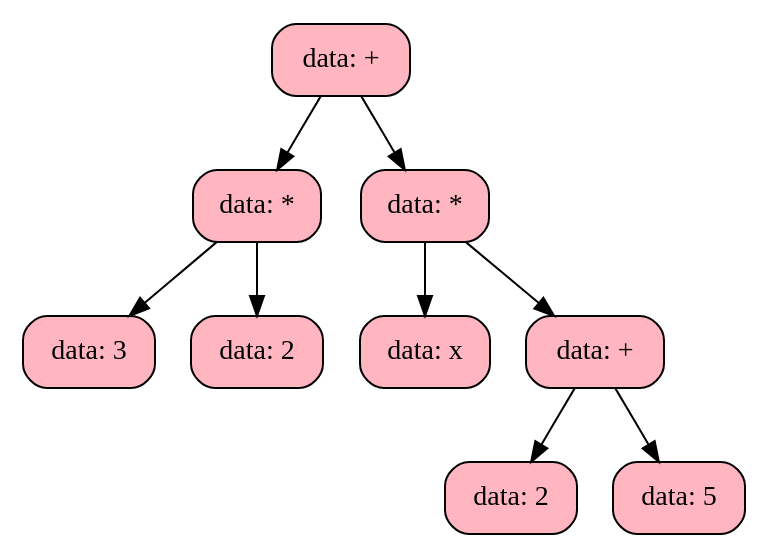
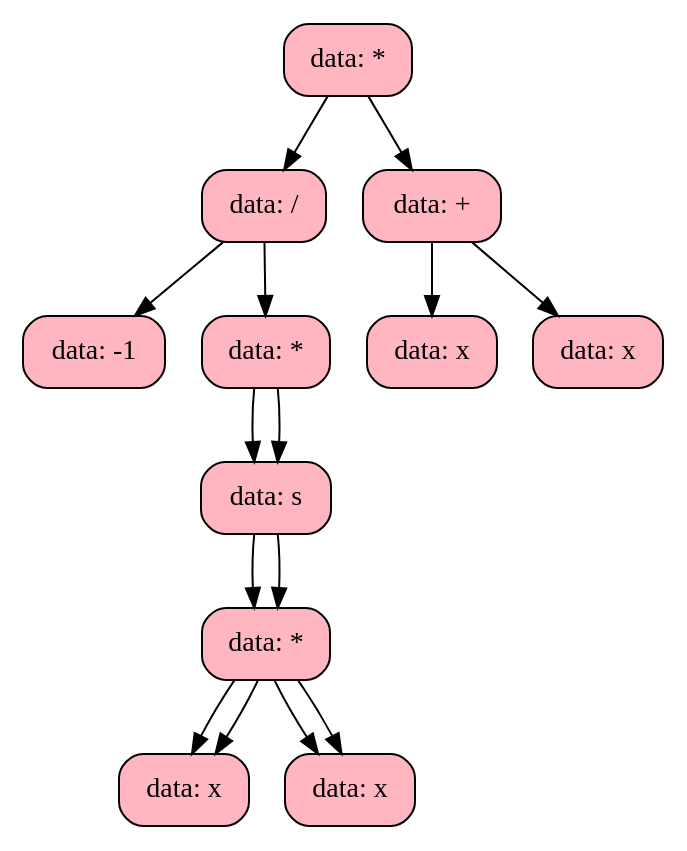
The diagram in tree.dot (SashaOiya/Differenc), drawn with Graphviz before and after one commit. The commit also changed 5 other files, not shown here.

```diff
--- a/tree.dot
+++ b/tree.dot
@@ -1,20 +1,34 @@
 digraph G { 
 node [shape = record];
- "001D0D60"  "001D0D60" [shape = Mrecord, style = filled, fillcolor = lightpink  label = "data: + "];
-"001D0D60" -> "001D0CA0" 
- "001D0D60" -> "001D0D40" 
- "001D0CA0" [shape = Mrecord, style = filled, fillcolor = lightpink  label = "data: * "];
-"001D0CA0" -> "001D0C60" 
- "001D0CA0" -> "001D0C80" 
- "001D0C60" [shape = Mrecord, style = filled, fillcolor = lightpink  label = "data: 3 "];
- "001D0C80" [shape = Mrecord, style = filled, fillcolor = lightpink  label = "data: 2 "];
- "001D0D40" [shape = Mrecord, style = filled, fillcolor = lightpink  label = "data: * "];
-"001D0D40" -> "001D0CC0" 
- "001D0D40" -> "001D0D20" 
- "001D0CC0" [shape = Mrecord, style = filled, fillcolor = lightpink  label = "data: x "];
- "001D0D20" [shape = Mrecord, style = filled, fillcolor = lightpink  label = "data: + "];
-"001D0D20" -> "001D0CE0" 
- "001D0D20" -> "001D0D00" 
- "001D0CE0" [shape = Mrecord, style = filled, fillcolor = lightpink  label = "data: 2 "];
- "001D0D00" [shape = Mrecord, style = filled, fillcolor = lightpink  label = "data: 5 "];
+ "00BB0D90"  "00BB0D90" [shape = Mrecord, style = filled, fillcolor = lightpink  label = "data: * "];
+"00BB0D90" -> "00BB4F48" 
+ "00BB0D90" -> "00BB0DA8" 
+ "00BB4F48" [shape = Mrecord, style = filled, fillcolor = lightpink  label = "data: / "];
+"00BB4F48" -> "00BB4F30" 
+ "00BB4F48" -> "00BB4F18" 
+ "00BB4F30" [shape = Mrecord, style = filled, fillcolor = lightpink  label = "data: -1 "];
+ "00BB4F18" [shape = Mrecord, style = filled, fillcolor = lightpink  label = "data: * "];
+"00BB4F18" -> "00BB4F00" 
+ "00BB4F18" -> "00BB4F00" 
+ "00BB4F00" [shape = Mrecord, style = filled, fillcolor = lightpink  label = "data: s "];
+
+ "00BB4F00" -> "00BB0CA8" 
+ "00BB0CA8" [shape = Mrecord, style = filled, fillcolor = lightpink  label = "data: * "];
+"00BB0CA8" -> "00BB0C78" 
+ "00BB0CA8" -> "00BB0C90" 
+ "00BB0C78" [shape = Mrecord, style = filled, fillcolor = lightpink  label = "data: x "];
+ "00BB0C90" [shape = Mrecord, style = filled, fillcolor = lightpink  label = "data: x "];
+ "00BB4F00" [shape = Mrecord, style = filled, fillcolor = lightpink  label = "data: s "];
+
+ "00BB4F00" -> "00BB0CA8" 
+ "00BB0CA8" [shape = Mrecord, style = filled, fillcolor = lightpink  label = "data: * "];
+"00BB0CA8" -> "00BB0C78" 
+ "00BB0CA8" -> "00BB0C90" 
+ "00BB0C78" [shape = Mrecord, style = filled, fillcolor = lightpink  label = "data: x "];
+ "00BB0C90" [shape = Mrecord, style = filled, fillcolor = lightpink  label = "data: x "];
+ "00BB0DA8" [shape = Mrecord, style = filled, fillcolor = lightpink  label = "data: + "];
+"00BB0DA8" -> "00BB4FA8" 
+ "00BB0DA8" -> "00BB4F78" 
+ "00BB4FA8" [shape = Mrecord, style = filled, fillcolor = lightpink  label = "data: x "];
+ "00BB4F78" [shape = Mrecord, style = filled, fillcolor = lightpink  label = "data: x "];
 }
```
